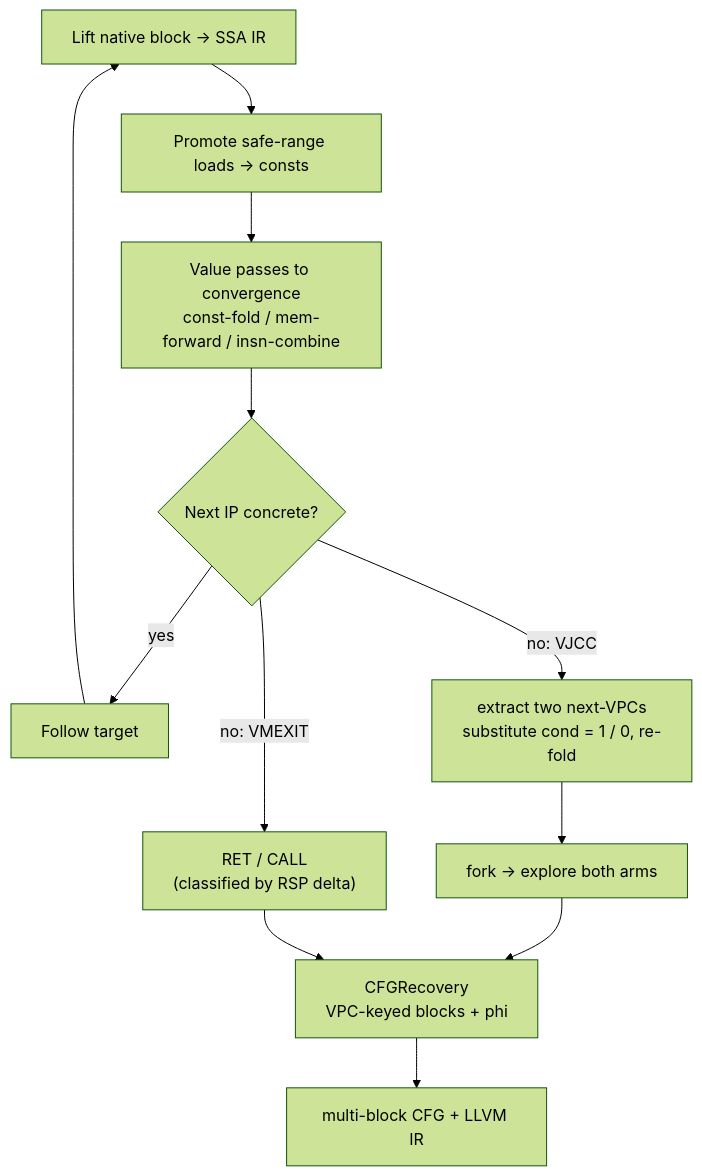
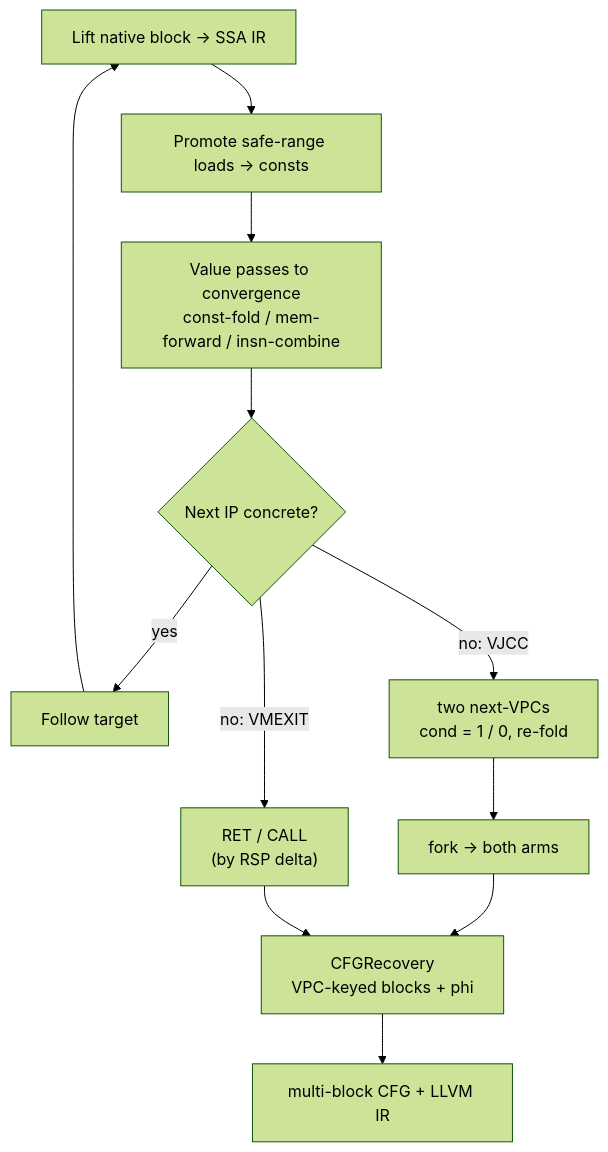
Before and after one commit to CZheXie/DeHendrix: the second of 2 diagrams in README.md, drawn with Mermaid (forest theme). The commit also changed other lines of this file and 1 other file, not shown here.

````diff
--- a/README.md
+++ b/README.md
@@ -60,13 +55,13 @@
 ```mermaid
 flowchart TB
   A["Lift native block -> SSA IR"] --> B["Promote safe-range loads -> consts"]
   B --> C["Value passes to convergence<br/>const-fold / mem-forward / insn-combine"]
   C --> D{"Next IP concrete?"}
   D -- yes --> E["Follow target"] --> A
-  D -- "no: VMEXIT" --> H["RET / CALL<br/>(classified by RSP delta)"]
-  D -- "no: VJCC" --> F["extract two next-VPCs<br/>substitute cond = 1 / 0, re-fold"]
-  F --> G["fork -> explore both arms"]
+  D -- "no: VMEXIT" --> H["RET / CALL<br/>(by RSP delta)"]
+  D -- "no: VJCC" --> F["two next-VPCs<br/>cond = 1 / 0, re-fold"]
+  F --> G["fork -> both arms"]
   G --> I["CFGRecovery<br/>VPC-keyed blocks + phi"]
   H --> I
   I --> OUT["multi-block CFG + LLVM IR"]
 ```
````
